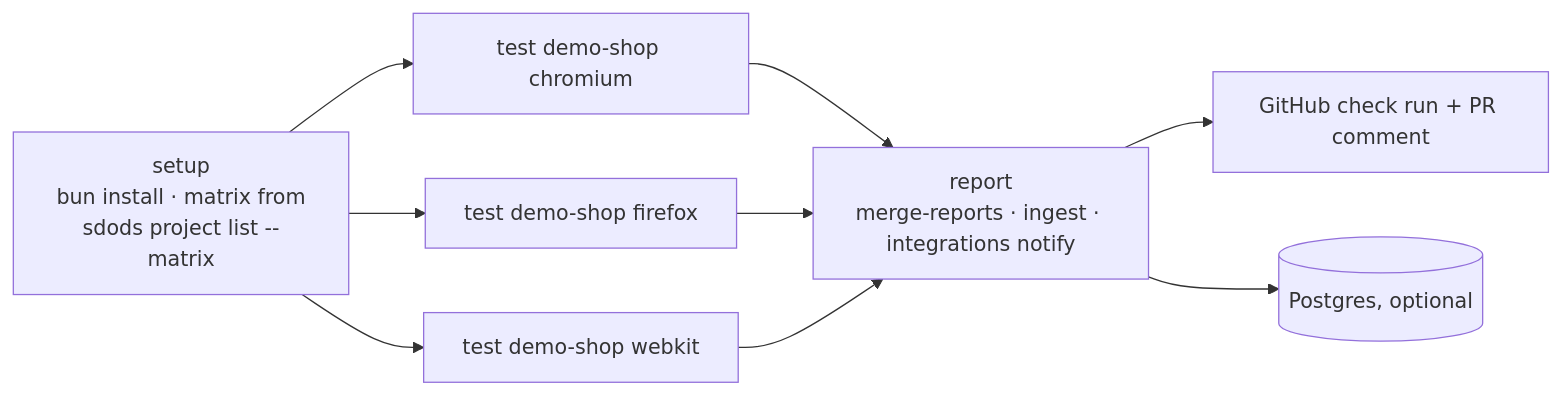
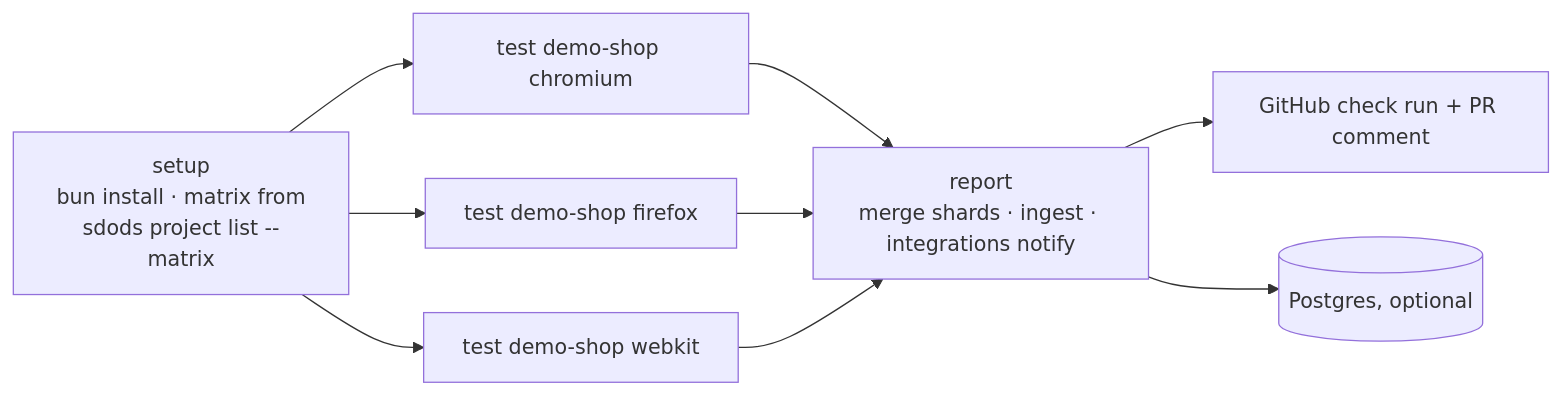
One commit to YarlisAISolutions/SDODS changed the diagram in apps/docs/content/docs/guides/sharding-and-ci.mdx. Above: the diagram before and after it, drawn with Mermaid. The commit also changed other lines of this file and 123 other files, not shown here.

First line of the commit message:
Engine-neutral naming: identifiers, paths, schema, docs and CLI

````diff
--- a/apps/docs/content/docs/guides/sharding-and-ci.mdx
+++ b/apps/docs/content/docs/guides/sharding-and-ci.mdx
@@ -24,9 +24,9 @@
 ```mermaid
 flowchart LR
   S["setup<br/>bun install · matrix from<br/>sdods project list --matrix"] --> T1["test demo-shop chromium"]
   S --> T2["test demo-shop firefox"]
   S --> T3["test demo-shop webkit"]
-  T1 & T2 & T3 --> R["report<br/>merge-reports · ingest · integrations notify"]
+  T1 & T2 & T3 --> R["report<br/>merge shards · ingest · integrations notify"]
   R --> CR["GitHub check run + PR comment"]
   R --> DB[("Postgres, optional")]
 ```
````
